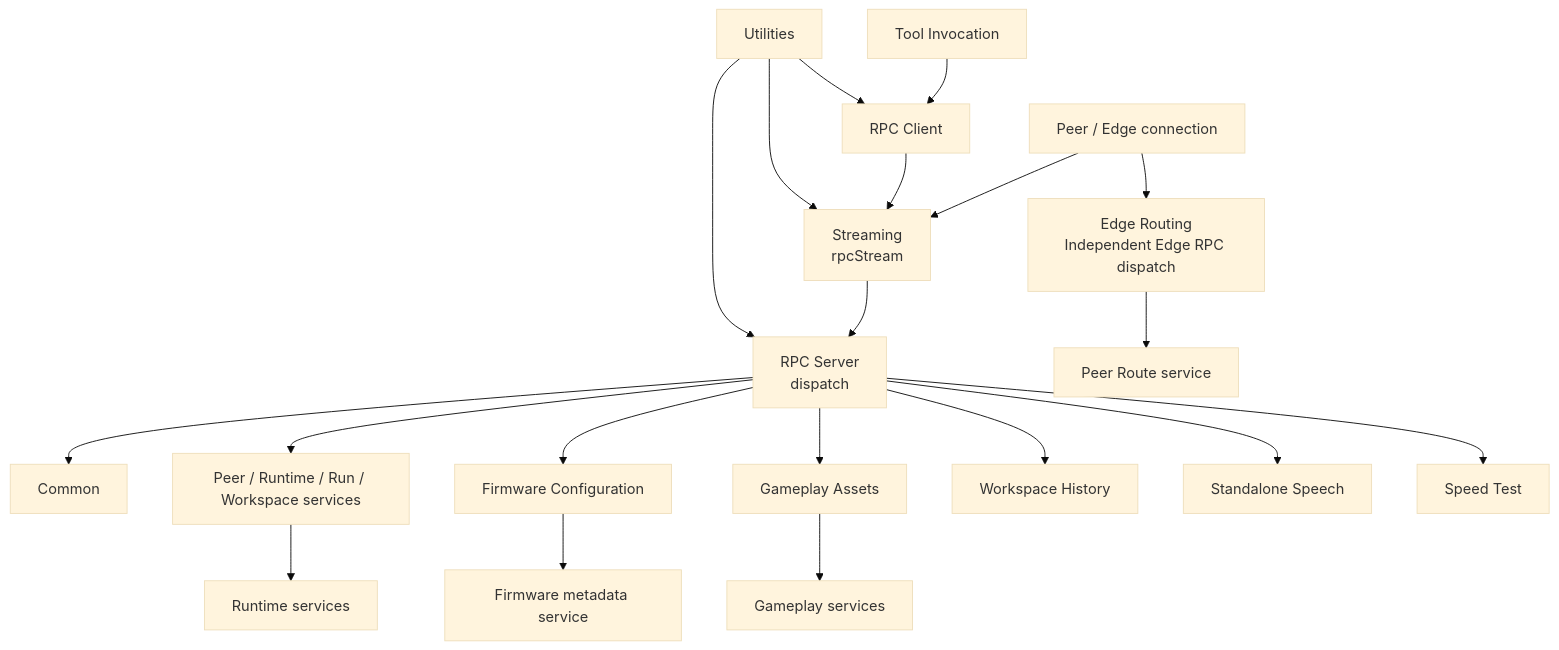
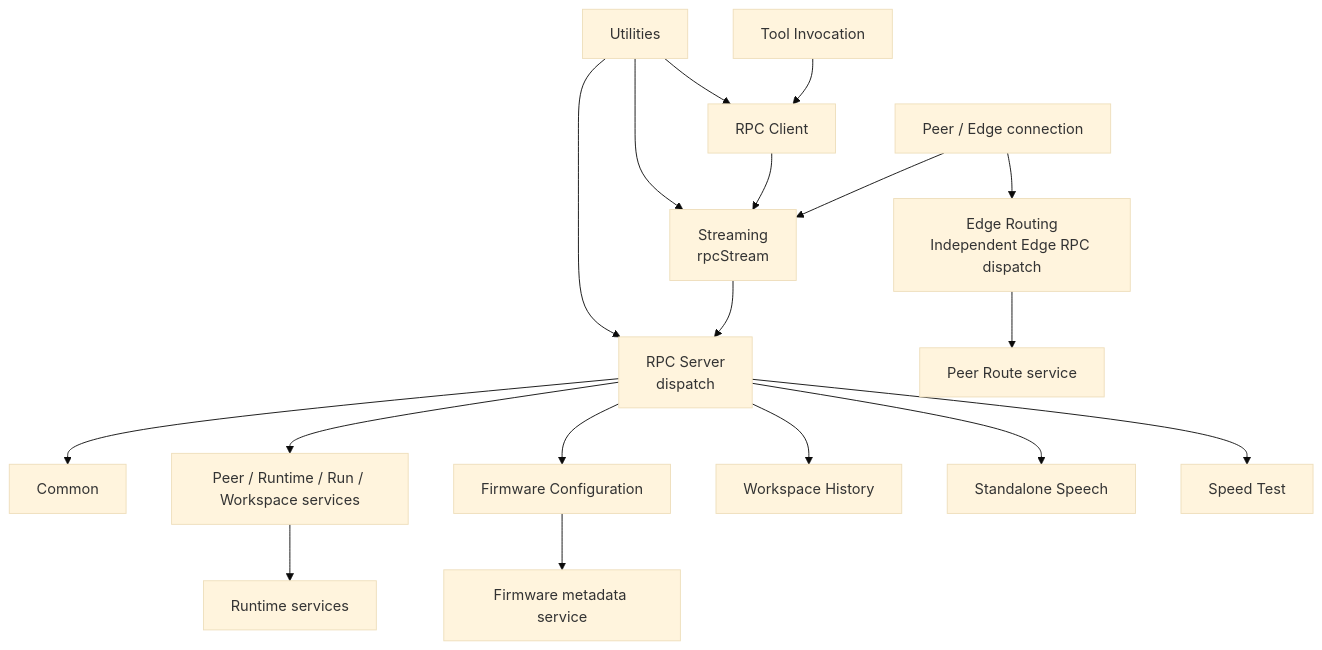
The diagram in guides/en/developing/gizclaw/rpc/overview.md (GizClaw/gizclaw), drawn with Mermaid (base theme) before and after one commit. The commit also changed other lines of this file and 348 other files, not shown here.

````diff
--- a/guides/en/developing/gizclaw/rpc/overview.md
+++ b/guides/en/developing/gizclaw/rpc/overview.md
@@ -26,25 +25,23 @@
 ```mermaid
 flowchart TB
     Connection["Peer / Edge connection"] --> Stream["Streaming<br/>rpcStream"]
 
     Client["RPC Client"] --> Stream
     Stream --> Server["RPC Server<br/>dispatch"]
     Server --> Common["Common"]
     Server --> Runtime["Peer / Runtime / Run / Workspace services"]
     Server --> Firmware["Firmware Configuration"]
-    Server --> Gameplay["Gameplay Assets"]
     Server --> History["Workspace History"]
     Server --> Speech["Standalone Speech"]
     Server --> Speed["Speed Test"]
     Connection --> Edge["Edge Routing<br/>Independent Edge RPC dispatch"]
 
     Tool["Tool Invocation"] --> Client
     Utilities["Utilities"] --> Client
     Utilities --> Server
     Utilities --> Stream
 
     Runtime --> RuntimeServices["Runtime services"]
     Firmware --> FirmwareSvc["Firmware metadata service"]
-    Gameplay --> GameplaySvc["Gameplay services"]
     Edge --> Routes["Peer Route service"]
 ```
````
